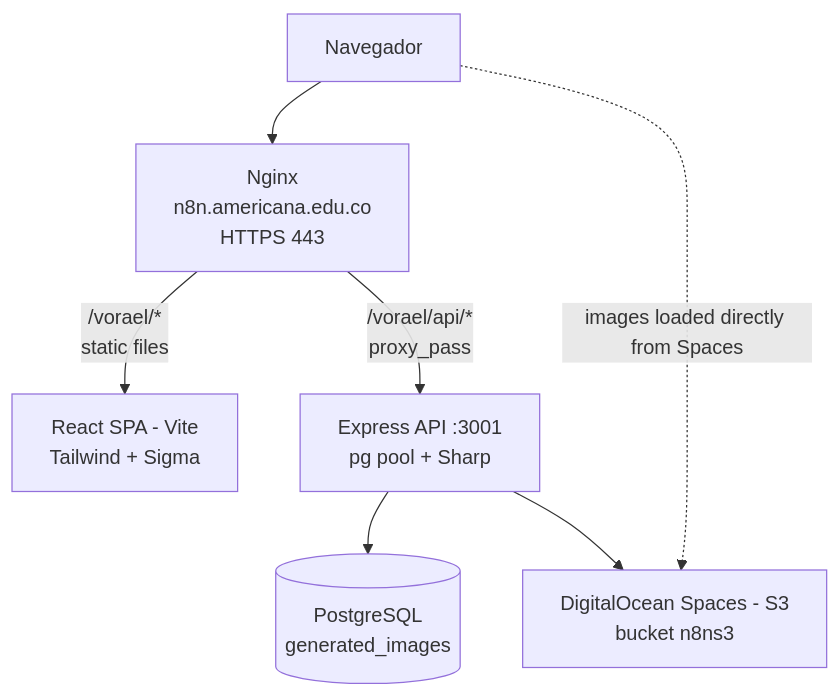
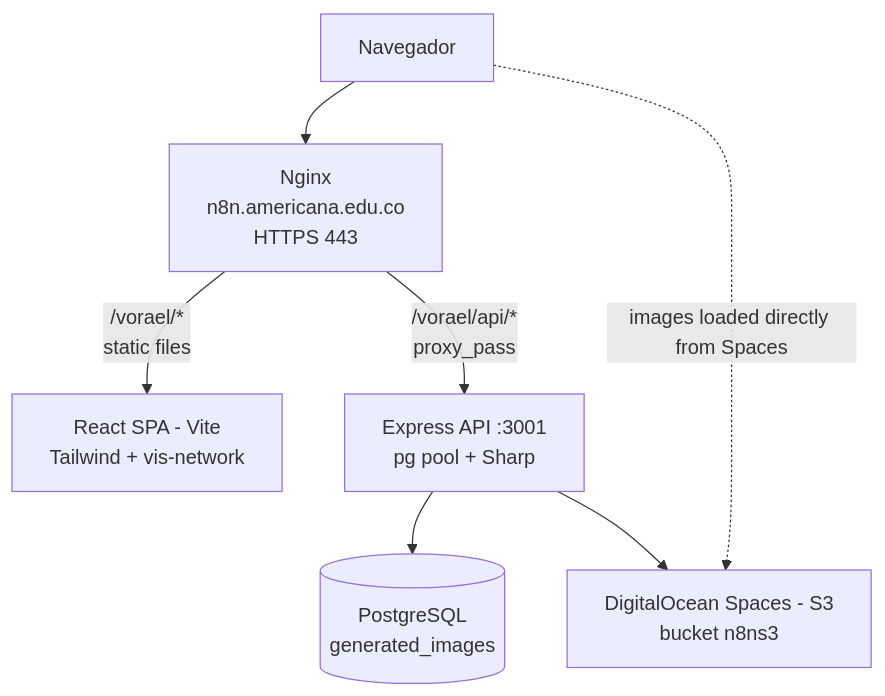
The first of 4 diagrams in ARQUITECTURA.md (epimient/Buscador_grafos), drawn with Mermaid before and after one commit. The commit also changed other lines of this file and 8 other files, not shown here.

````diff
--- a/ARQUITECTURA.md
+++ b/ARQUITECTURA.md
@@ -62,9 +61,9 @@
 ```mermaid
 flowchart TD
     Browser[Navegador] --> Nginx[Nginx\nn8n.americana.edu.co\nHTTPS 443]
-    Nginx --> |"/vorael/*\nstatic files"| SPA[React SPA - Vite\nTailwind + Sigma]
+    Nginx --> |"/vorael/*\nstatic files"| SPA[React SPA - Vite\nTailwind + vis-network]
     Nginx --> |"/vorael/api/*\nproxy_pass"| API[Express API :3001\npg pool + Sharp]
     API --> PostgreSQL[(PostgreSQL\ngenerated_images)]
     API --> S3[DigitalOcean Spaces - S3\nbucket n8ns3]
     Browser -.-> |images loaded directly from Spaces| S3
 ```
````
